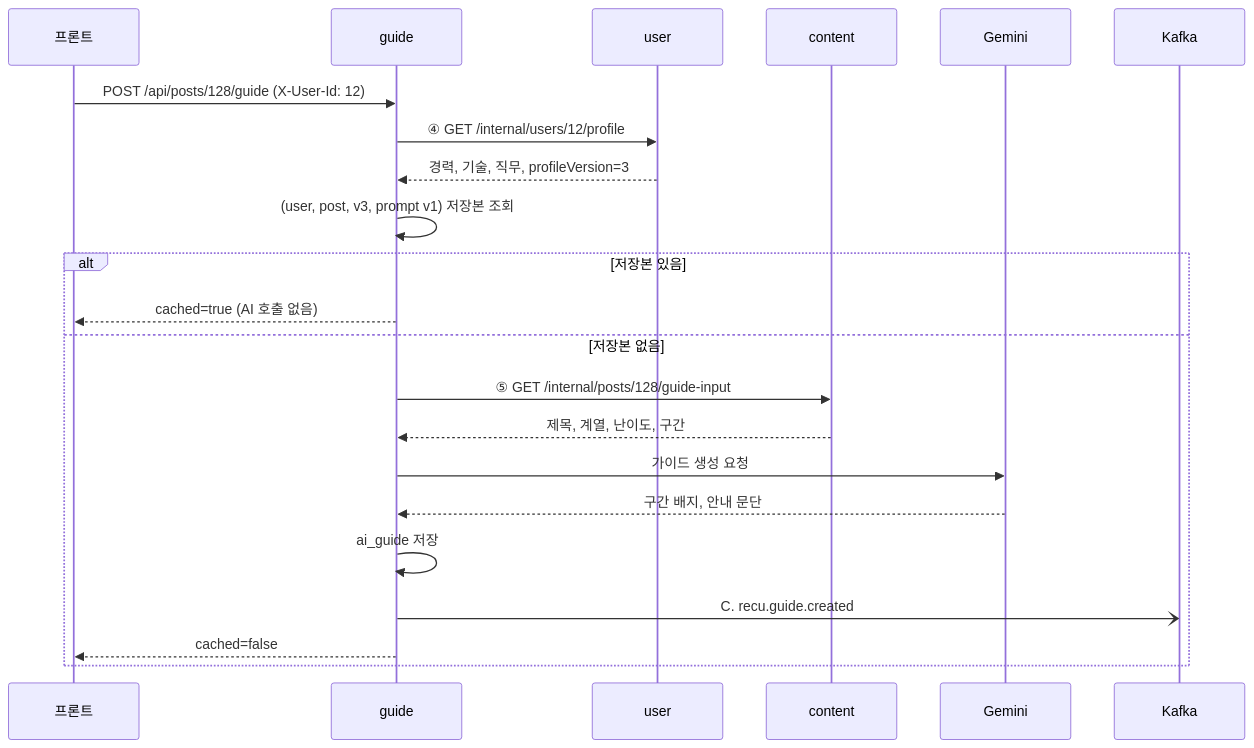
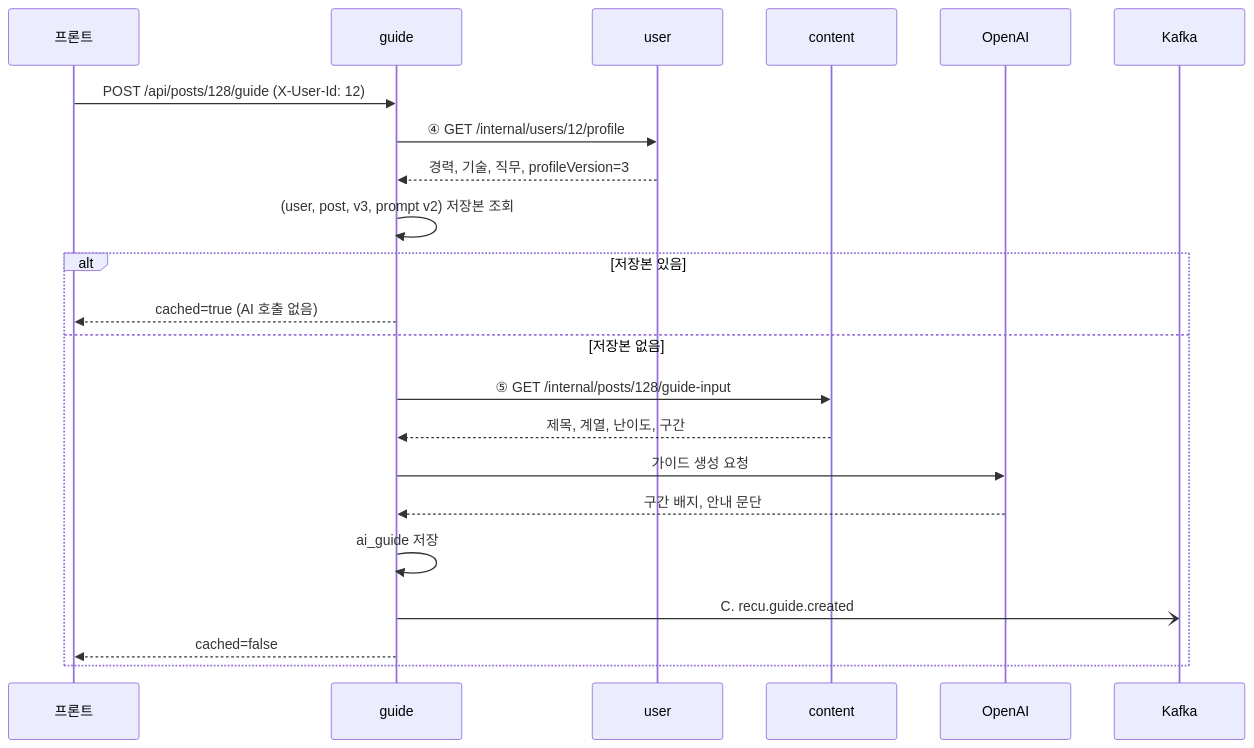
The third of 4 diagrams in docs/design.md (LGCNS-MiniProject-Group3/backend), drawn with Mermaid before and after one commit. The commit also changed other lines of this file and 2 other files, not shown here.

First line of the commit message:
docs(docs): AI 호출을 Gemini → OpenAI로 설계 변경 (#36)

````diff
--- a/docs/design.md
+++ b/docs/design.md
@@ -282,24 +282,24 @@
 ```mermaid
 sequenceDiagram
   participant FE as 프론트
   participant G as guide
   participant U as user
   participant C as content
-  participant AI as Gemini
+  participant AI as OpenAI
   participant K as Kafka
   FE->>G: POST /api/posts/128/guide (X-User-Id: 12)
   G->>U: ④ GET /internal/users/12/profile
   U-->>G: 경력, 기술, 직무, profileVersion=3
-  G->>G: (user, post, v3, prompt v1) 저장본 조회
+  G->>G: (user, post, v3, prompt v2) 저장본 조회
   alt 저장본 있음
     G-->>FE: cached=true (AI 호출 없음)
   else 저장본 없음
     G->>C: ⑤ GET /internal/posts/128/guide-input
     C-->>G: 제목, 계열, 난이도, 구간
     G->>AI: 가이드 생성 요청
     AI-->>G: 구간 배지, 안내 문단
     G->>G: ai_guide 저장
     G-)K: C. recu.guide.created
     G-->>FE: cached=false
   end
 ```
````
